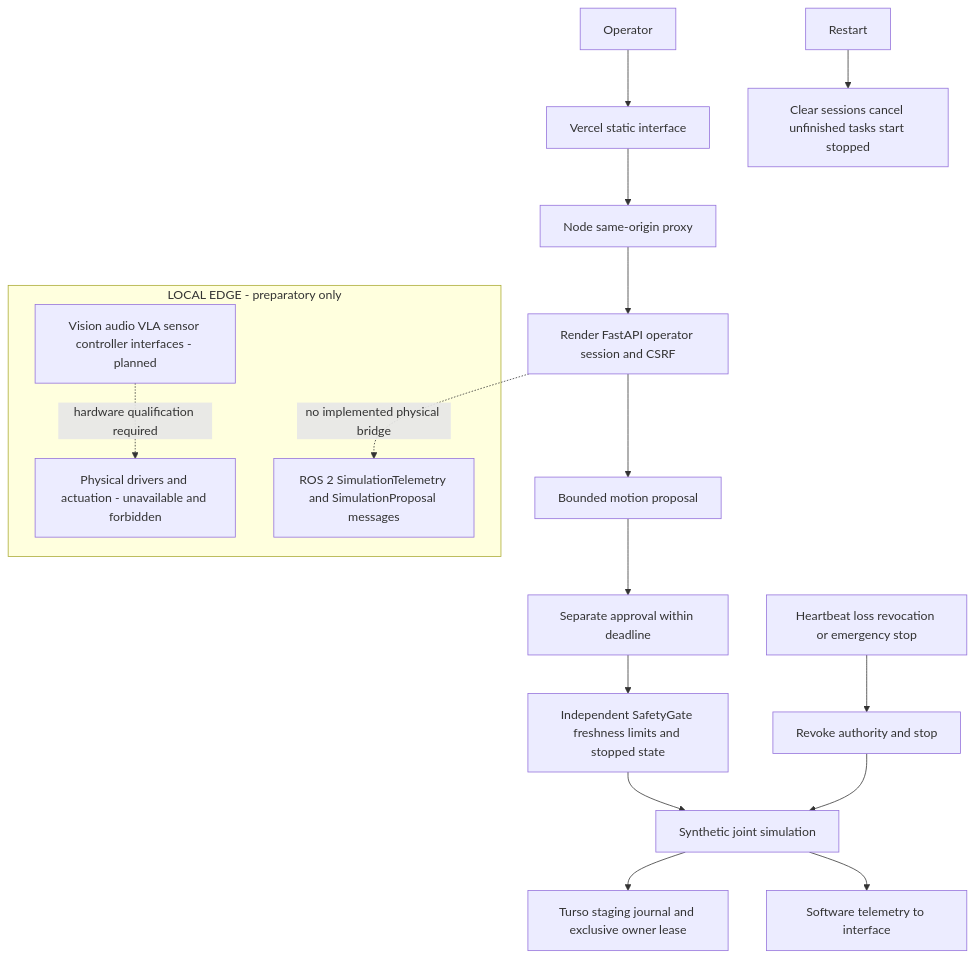
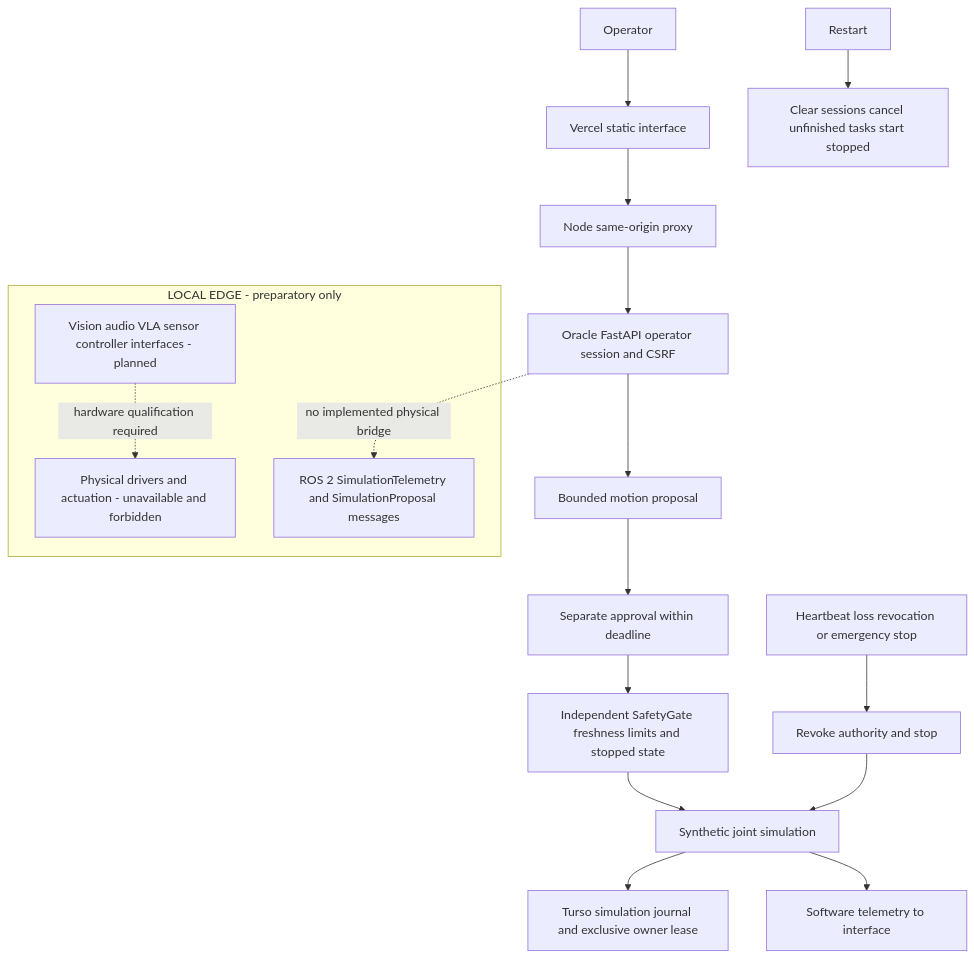
One commit to DruHustle/onesa-ai-platform changed the diagram in docs/diagrams/robot-current.mmd. Above: the diagram before and after it, drawn with Mermaid. The commit also changed 10 other files, not shown here.

```diff
--- a/docs/diagrams/robot-current.mmd
+++ b/docs/diagrams/robot-current.mmd
@@ -1,20 +1,20 @@
 flowchart TB
 Operator[Operator] --> Web[Vercel static interface]
 Web --> Proxy[Node same-origin proxy]
-Proxy --> API[Render FastAPI operator session and CSRF]
+Proxy --> API[Oracle FastAPI operator session and CSRF]
 API --> Propose[Bounded motion proposal]
 Propose --> Approve[Separate approval within deadline]
 Approve --> Safety[Independent SafetyGate freshness limits and stopped state]
 Safety --> Sim[Synthetic joint simulation]
-Sim --> Journal[Turso staging journal and exclusive owner lease]
+Sim --> Journal[Turso simulation journal and exclusive owner lease]
 Sim --> Telemetry[Software telemetry to interface]
 Watchdog[Heartbeat loss revocation or emergency stop] --> Stop[Revoke authority and stop]
 Stop --> Sim
 Restart[Restart] --> Stopped[Clear sessions cancel unfinished tasks start stopped]
 subgraph Edge[LOCAL EDGE - preparatory only]
 ROS[ROS 2 SimulationTelemetry and SimulationProposal messages]
 Sensors[Vision audio VLA sensor controller interfaces - planned]
 Actuator[Physical drivers and actuation - unavailable and forbidden]
 end
 API -. no implemented physical bridge .-> ROS
 Sensors -. hardware qualification required .-> Actuator
```
